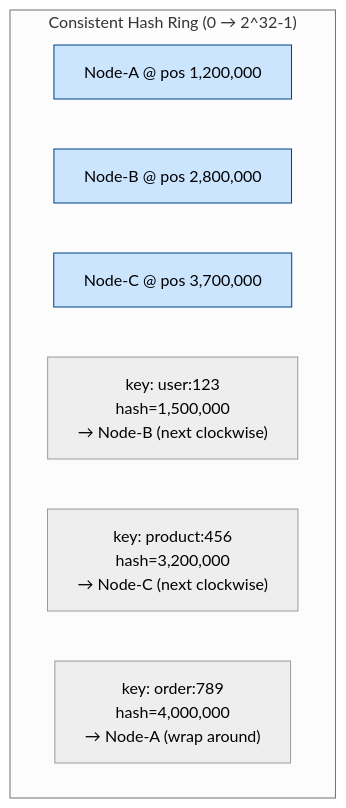
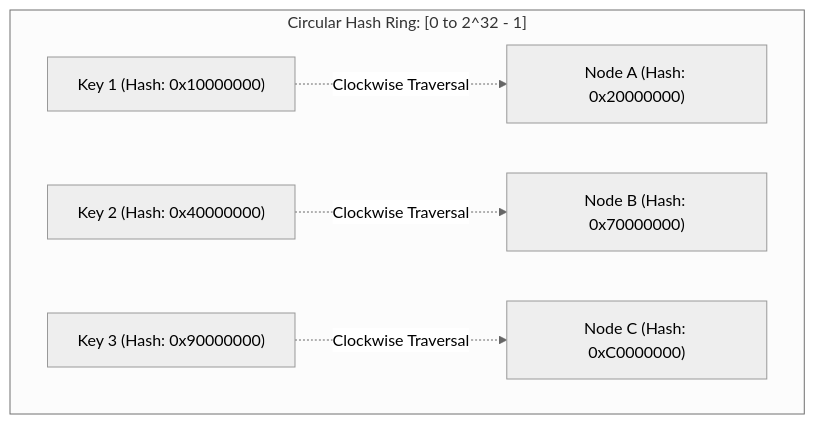
Before and after one commit to vesviet/vesviet: the second of 9 diagrams in content/series/system-design/09-consistent-hashing-sharding.md, drawn with Mermaid (neutral theme). The commit also changed other lines of this file and 38 other files, not shown here.

````diff
--- a/content/series/system-design/09-consistent-hashing-sharding.md
+++ b/content/series/system-design/09-consistent-hashing-sharding.md
@@ -62,15 +86,14 @@
 ```mermaid
-graph TD
-    subgraph ring ["Consistent Hash Ring (0 → 2^32-1)"]
-        NA["Node-A @ pos 1,200,000"]
-        NB["Node-B @ pos 2,800,000"]
-        NC["Node-C @ pos 3,700,000"]
-        K1["key: user:123\nhash=1,500,000\n→ Node-B (next clockwise)"]
-        K2["key: product:456\nhash=3,200,000\n→ Node-C (next clockwise)"]
-        K3["key: order:789\nhash=4,000,000\n→ Node-A (wrap around)"]
+flowchart TD
+    subgraph HashRing ["Circular Hash Ring: [0 to 2^32 - 1]"]
+        N0["Node A (Hash: 0x20000000)"]
+        N1["Node B (Hash: 0x70000000)"]
+        N2["Node C (Hash: 0xC0000000)"]
+        K1["Key 1 (Hash: 0x10000000)"]
+        K2["Key 2 (Hash: 0x40000000)"]
+        K3["Key 3 (Hash: 0x90000000)"]
     end
-
-    style NA fill:#cce5ff,stroke:#004085
-    style NB fill:#cce5ff,stroke:#004085
-    style NC fill:#cce5ff,stroke:#004085
+    K1 -.->|Clockwise Traversal| N0
+    K2 -.->|Clockwise Traversal| N1
+    K3 -.->|Clockwise Traversal| N2
 ```
````
